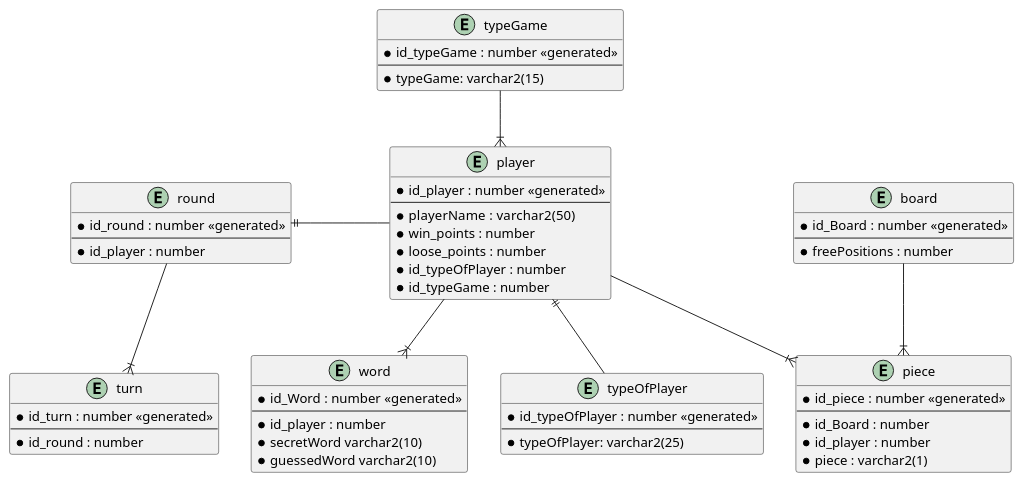
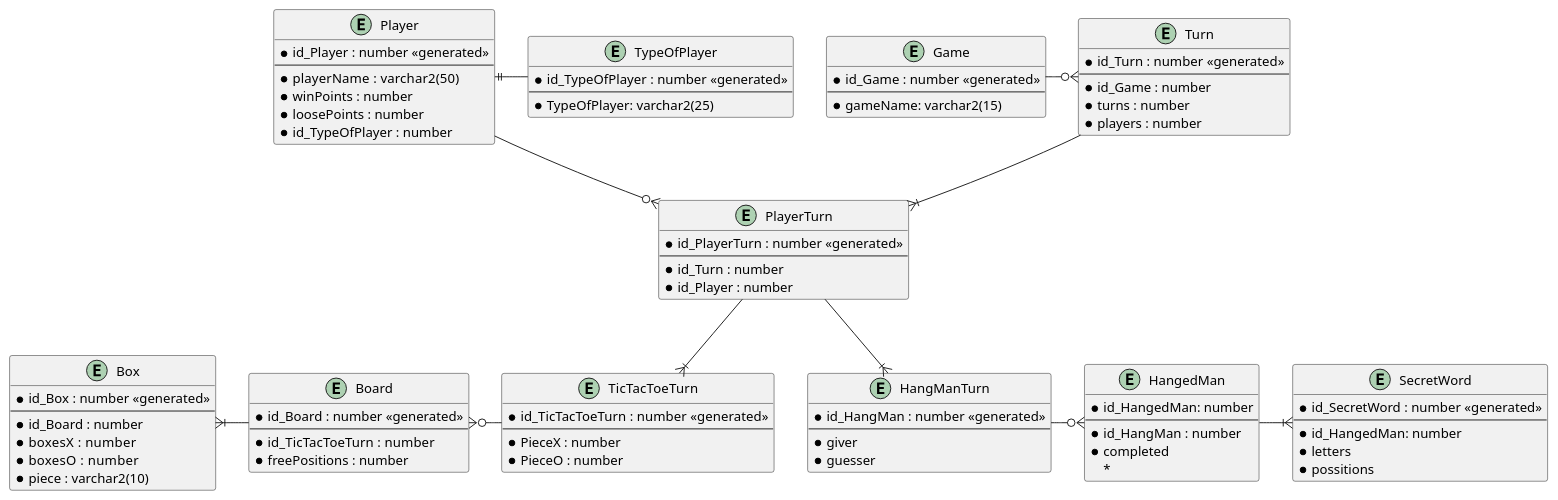
Before and after one commit to Gabs16TL/Second_Project_Peristence: the diagram in DataModel/LogicModel.wsd, drawn with PlantUML. The commit also changed 3 other files, not shown here.

```diff
--- a/DataModel/LogicModel.wsd
+++ b/DataModel/LogicModel.wsd
@@ -1,78 +1,103 @@
 @startuml VocabularyLogicModelMain
 
-entity round {
-    * id_round : number <<generated>>
+entity Game
+{
+    * id_Game : number <<generated>>
     --
-    * id_player : number
+    * gameName: varchar2(15)
+}
+entity Turn
+{
+    * id_Turn : number <<generated>>
+    --
+    * id_Game : number
+    * turns : number
+    * players : number
+}
+entity PlayerTurn
+{
+    * id_PlayerTurn : number <<generated>>
+    --
+    * id_Turn : number
+    * id_Player : number
 }
 
-entity turn
+entity Player
 {
-    * id_turn : number <<generated>>
+    * id_Player : number <<generated>>
     --
-    * id_round : number
+    * playerName :  varchar2(50)
+    * winPoints : number
+    * loosePoints : number
+    * id_TypeOfPlayer : number
 }
 
-entity player
+entity TypeOfPlayer
 {
-    * id_player : number <<generated>>
+    * id_TypeOfPlayer : number <<generated>>
     --
-    * playerName :  varchar2(50)
-    * win_points : number
-    * loose_points : number
-    * id_typeOfPlayer : number
-    * id_typeGame : number
+    * TypeOfPlayer: varchar2(25)
 }
 
-entity typeOfPlayer {
-    * id_typeOfPlayer : number <<generated>>
+TypeOfPlayer -left-|| Player
+Player --o{ PlayerTurn
+Game -right-o{ Turn
+    
+Turn --|{ PlayerTurn
+
+/' Tic Tac Toe'/ 
+entity TicTacToeTurn {
+    * id_TicTacToeTurn : number <<generated>>
     --
-    * typeOfPlayer: varchar2(25)
+    * PieceX : number
+    * PieceO : number
+}
+entity Board {
+    * id_Board : number <<generated>>
+    --
+    * id_TicTacToeTurn : number
+    * freePositions : number
+}
+entity Box{
+    * id_Box : number <<generated>>
+    --
+    * id_Board : number 
+    * boxesX :  number
+    * boxesO :  number
+    * piece : varchar2(10)
 }
 
-
-entity typeGame
+/' HangMan'/
+entity HangManTurn
 {
-     * id_typeGame : number <<generated>>
+    * id_HangMan : number <<generated>>
     --
-    * typeGame: varchar2(15)
+    * giver 
+    * guesser
+}
+entity HangedMan
+{
+    * id_HangedMan: number
+    --
+    * id_HangMan : number
+    * completed
+    * 
+}
+entity SecretWord
+{
+    * id_SecretWord : number <<generated>>
+    --
+    * id_HangedMan: number
+    * letters
+    * possitions
 }
 
-player }|-up- typeGame
-round --|{ turn
-player -left-|| round
-player ||-- typeOfPlayer
+PlayerTurn --|{ TicTacToeTurn
+PlayerTurn --|{ HangManTurn
 
+TicTacToeTurn -left-o{ Board
+Board -left-|{ Box
 
-/' Tic Tac Toe'/ 
-entity board {
-    * id_Board : number <<generated>>
-    --
-    * freePositions : number
-}
-entity piece{
-    *id_piece : number <<generated>>
-    --
-    * id_Board : number 
-    * id_player : number 
-    * piece : varchar2(1)
-}
-
-board --|{piece
-player --|{piece
-
-
-/' HangMan'/
-
-entity word {
-    * id_Word : number <<generated>>
-    --
-     * id_player : number 
-    * secretWord varchar2(10)
-    * guessedWord varchar2(10)
-}
-
-player --|{word
-
-
+HangManTurn -right-o{  HangedMan
+HangedMan -right-|{ SecretWord
 @enduml
```
